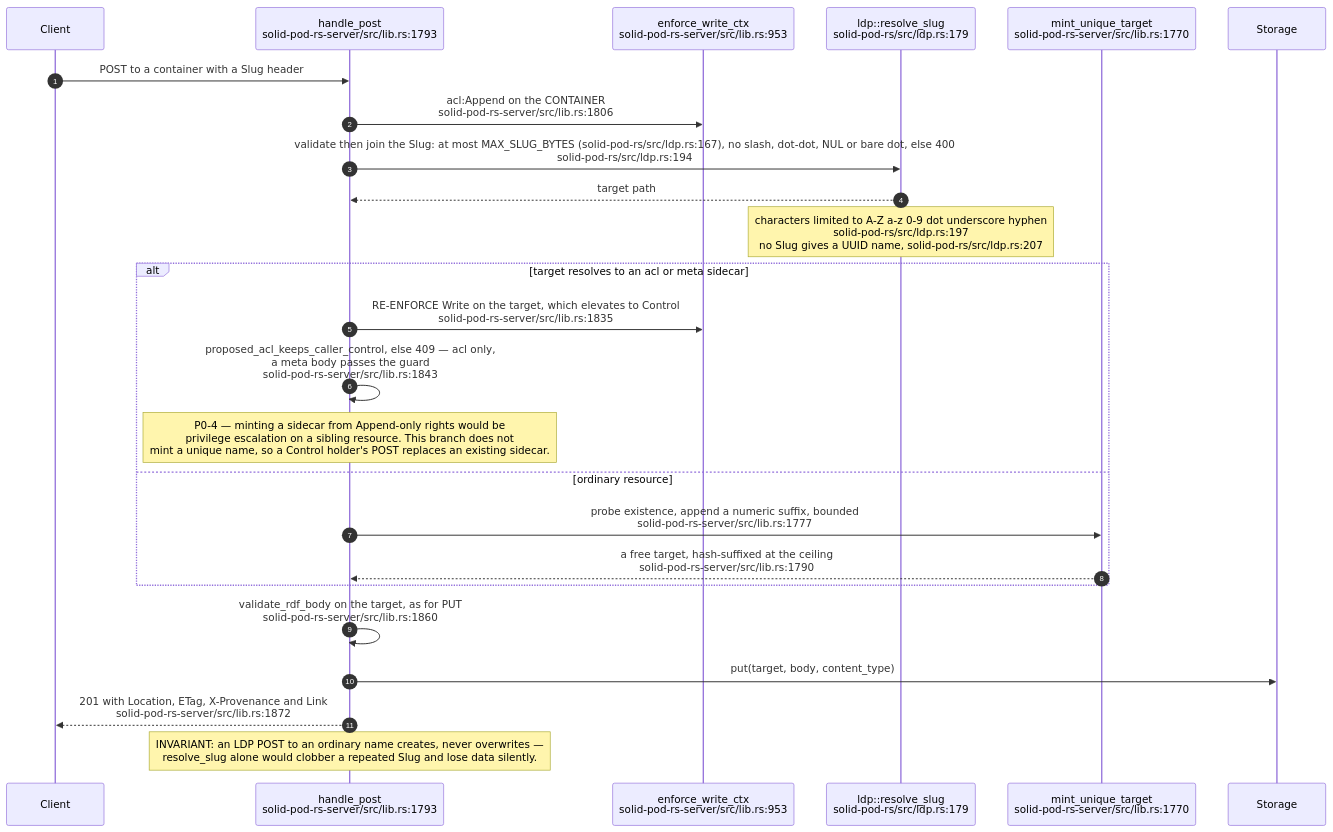
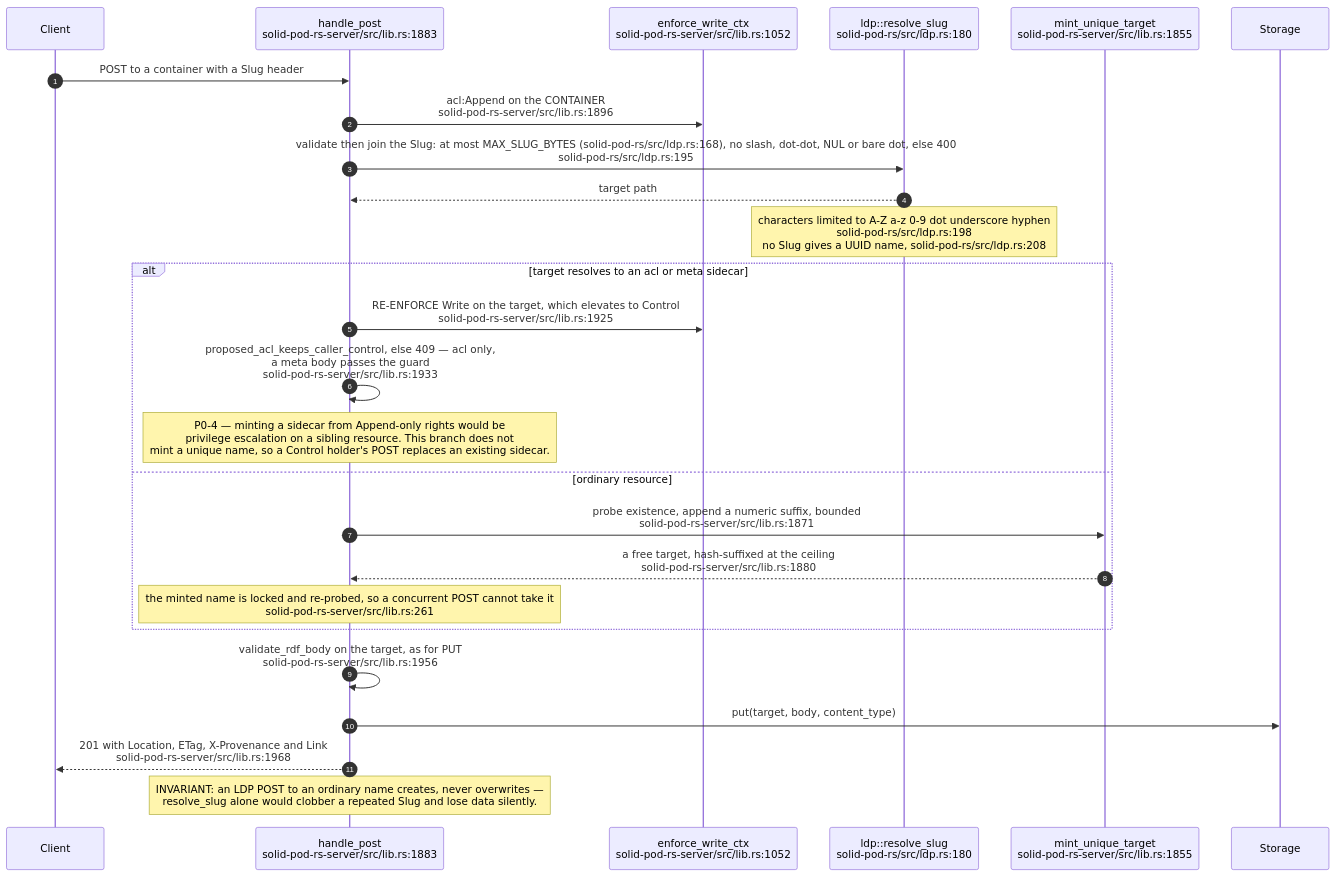
Before and after one commit to DreamLab-AI/VisionFlow: the fourth of 11 diagrams in docs/diagrams/solid-pod-rs/03-ldp-request-lifecycle.md, drawn with Mermaid. The commit also changed other lines of this file and 59 other files, not shown here.

First line of the commit message:
docs(diagrams): re-derive and re-stamp forum, website, pod, ontomark and sealmap topics

````diff
--- a/docs/diagrams/solid-pod-rs/03-ldp-request-lifecycle.md
+++ b/docs/diagrams/solid-pod-rs/03-ldp-request-lifecycle.md
@@ -128,28 +129,29 @@
 ```mermaid
 sequenceDiagram
     autonumber
     participant C as Client
-    participant P as handle_post<br/>solid-pod-rs-server/src/lib.rs:1793
-    participant W as enforce_write_ctx<br/>solid-pod-rs-server/src/lib.rs:953
-    participant SL as ldp::resolve_slug<br/>solid-pod-rs/src/ldp.rs:179
-    participant MU as mint_unique_target<br/>solid-pod-rs-server/src/lib.rs:1770
+    participant P as handle_post<br/>solid-pod-rs-server/src/lib.rs:1883
+    participant W as enforce_write_ctx<br/>solid-pod-rs-server/src/lib.rs:1052
+    participant SL as ldp::resolve_slug<br/>solid-pod-rs/src/ldp.rs:180
+    participant MU as mint_unique_target<br/>solid-pod-rs-server/src/lib.rs:1855
     participant S as Storage
 
     C->>P: POST to a container with a Slug header
-    P->>W: acl:Append on the CONTAINER<br/>solid-pod-rs-server/src/lib.rs:1806
-    P->>SL: validate then join the Slug: at most MAX_SLUG_BYTES (solid-pod-rs/src/ldp.rs:167), no slash, dot-dot, NUL or bare dot, else 400<br/>solid-pod-rs/src/ldp.rs:194
+    P->>W: acl:Append on the CONTAINER<br/>solid-pod-rs-server/src/lib.rs:1896
+    P->>SL: validate then join the Slug: at most MAX_SLUG_BYTES (solid-pod-rs/src/ldp.rs:168), no slash, dot-dot, NUL or bare dot, else 400<br/>solid-pod-rs/src/ldp.rs:195
     SL-->>P: target path
-    Note over SL: characters limited to A-Z a-z 0-9 dot underscore hyphen<br/>solid-pod-rs/src/ldp.rs:197<br/>no Slug gives a UUID name, solid-pod-rs/src/ldp.rs:207
+    Note over SL: characters limited to A-Z a-z 0-9 dot underscore hyphen<br/>solid-pod-rs/src/ldp.rs:198<br/>no Slug gives a UUID name, solid-pod-rs/src/ldp.rs:208
     alt target resolves to an acl or meta sidecar
-        P->>W: RE-ENFORCE Write on the target, which elevates to Control<br/>solid-pod-rs-server/src/lib.rs:1835
-        P->>P: proposed_acl_keeps_caller_control, else 409 — acl only,<br/>a meta body passes the guard<br/>solid-pod-rs-server/src/lib.rs:1843
+        P->>W: RE-ENFORCE Write on the target, which elevates to Control<br/>solid-pod-rs-server/src/lib.rs:1925
+        P->>P: proposed_acl_keeps_caller_control, else 409 — acl only,<br/>a meta body passes the guard<br/>solid-pod-rs-server/src/lib.rs:1933
         Note over P: P0-4 — minting a sidecar from Append-only rights would be<br/>privilege escalation on a sibling resource. This branch does not<br/>mint a unique name, so a Control holder's POST replaces an existing sidecar.
     else ordinary resource
-        P->>MU: probe existence, append a numeric suffix, bounded<br/>solid-pod-rs-server/src/lib.rs:1777
-        MU-->>P: a free target, hash-suffixed at the ceiling<br/>solid-pod-rs-server/src/lib.rs:1790
+        P->>MU: probe existence, append a numeric suffix, bounded<br/>solid-pod-rs-server/src/lib.rs:1871
+        MU-->>P: a free target, hash-suffixed at the ceiling<br/>solid-pod-rs-server/src/lib.rs:1880
+    Note over P: the minted name is locked and re-probed, so a concurrent POST cannot take it<br/>solid-pod-rs-server/src/lib.rs:261
     end
-    P->>P: validate_rdf_body on the target, as for PUT<br/>solid-pod-rs-server/src/lib.rs:1860
+    P->>P: validate_rdf_body on the target, as for PUT<br/>solid-pod-rs-server/src/lib.rs:1956
     P->>S: put(target, body, content_type)
-    P-->>C: 201 with Location, ETag, X-Provenance and Link<br/>solid-pod-rs-server/src/lib.rs:1872
+    P-->>C: 201 with Location, ETag, X-Provenance and Link<br/>solid-pod-rs-server/src/lib.rs:1968
     Note over P: INVARIANT: an LDP POST to an ordinary name creates, never overwrites —<br/>resolve_slug alone would clobber a repeated Slug and lose data silently.
 ```
````
